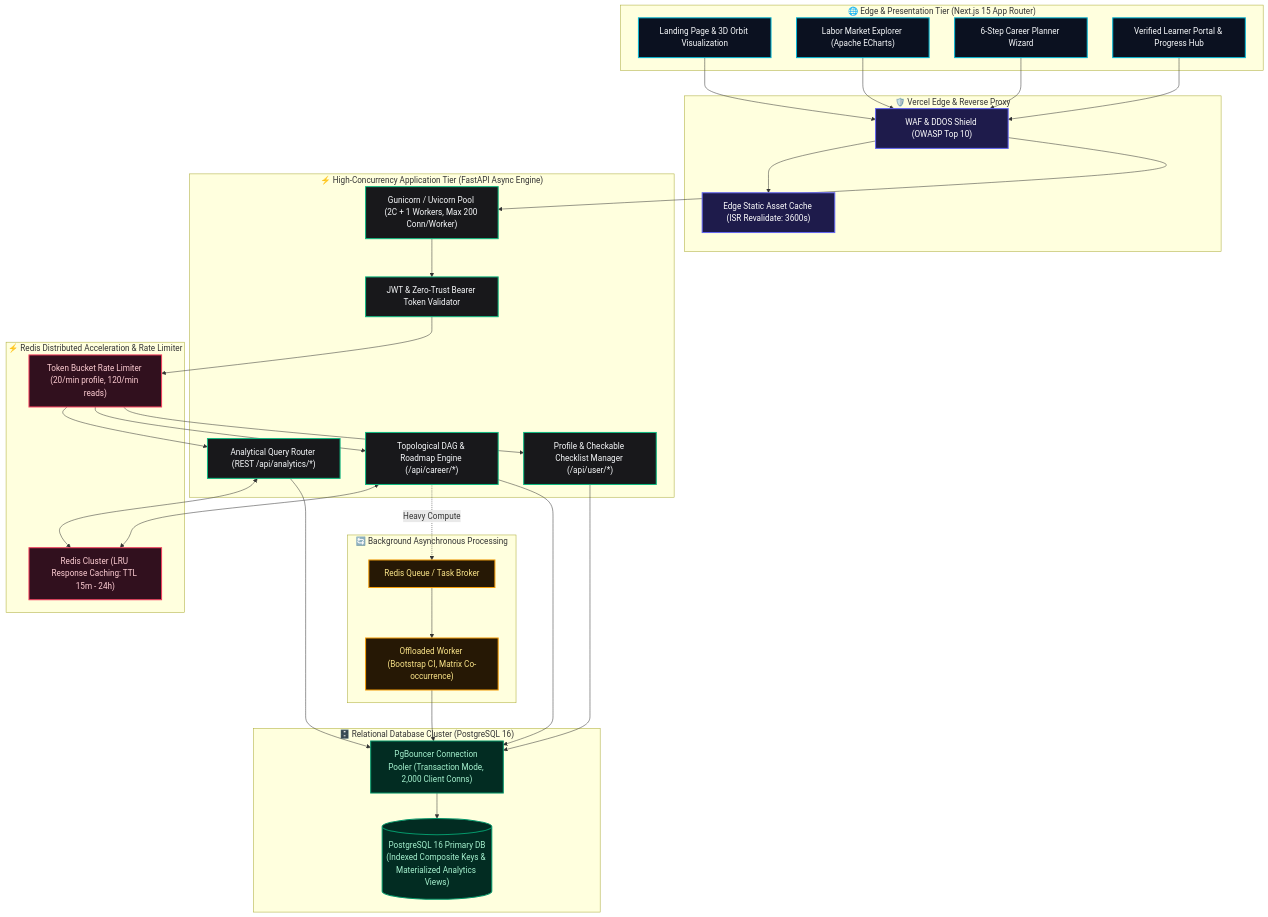
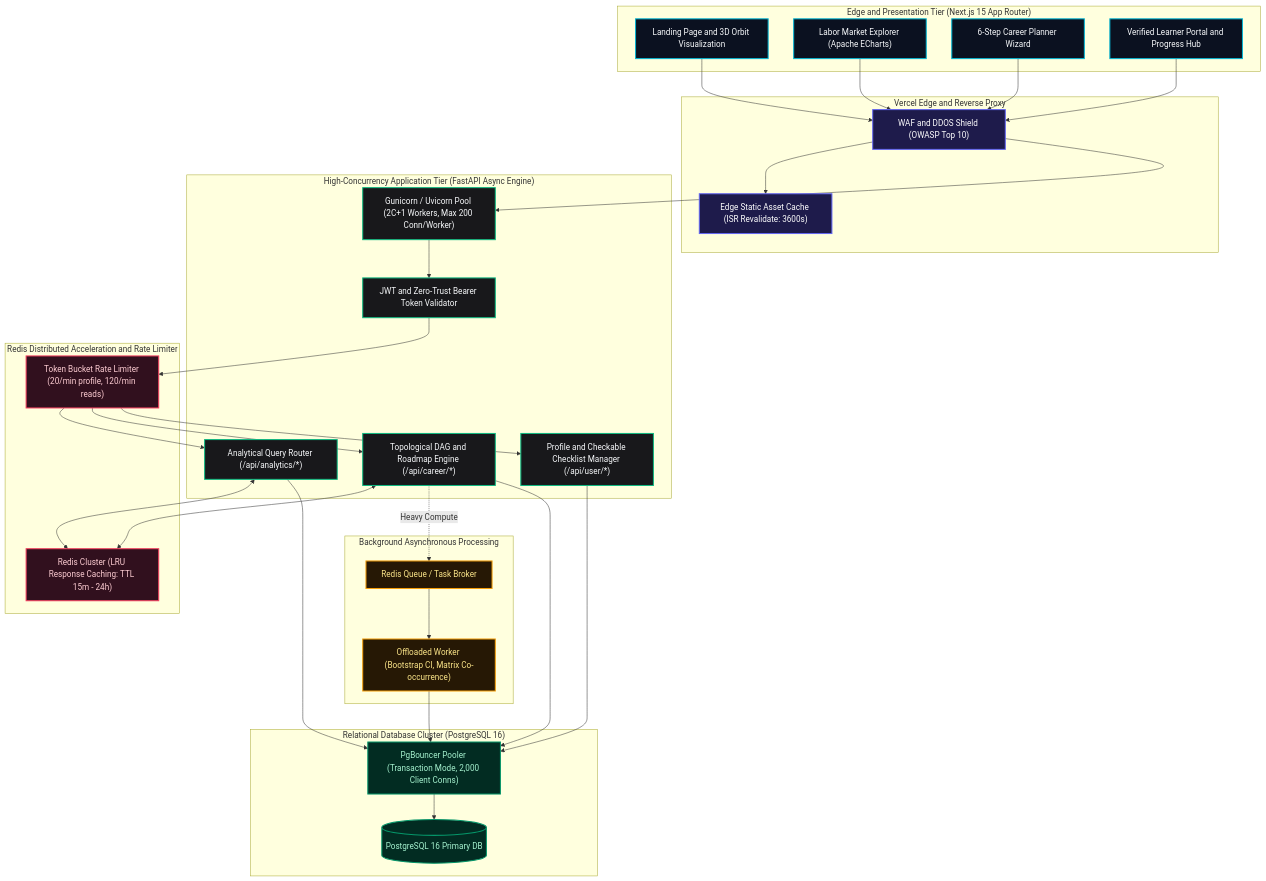
Before and after one commit to sheikhayaan/CareerGPS: the first of 6 diagrams in README.md, drawn with Mermaid. The commit also changed other lines of this file and 4 other files, not shown here.

Commit message:
docs(readme): add high-res animated glowing tree, pie chart, salary histogram, and DAG SVGs

````diff
--- a/README.md
+++ b/README.md
@@ -48,71 +52,71 @@
 ```mermaid
 flowchart TD
     %% Styling Classes with Glowing Dark-Theme Gradients
     classDef client fill:#0B1120,stroke:#06B6D4,stroke-width:2px,color:#F8FAFC;
-    classDef edge fill:#1E1B4B,stroke:#6366F1,stroke-width:2px,color:#FFFFFF;
+    classDef edgeTier fill:#1E1B4B,stroke:#6366F1,stroke-width:2px,color:#FFFFFF;
     classDef core fill:#18181B,stroke:#10B981,stroke-width:2px,color:#F8FAFC;
     classDef cache fill:#31101E,stroke:#F43F5E,stroke-width:2px,color:#FECDD3;
     classDef db fill:#022C22,stroke:#059669,stroke-width:2px,color:#A7F3D0;
     classDef queue fill:#261805,stroke:#F59E0B,stroke-width:2px,color:#FDE68A;
 
-    subgraph ClientLayer["🌐 Edge & Presentation Tier (Next.js 15 App Router)"]
-        UI_Home["Landing Page & 3D Orbit Visualization"]:::client
+    subgraph ClientLayer["Edge and Presentation Tier (Next.js 15 App Router)"]
+        UI_Home["Landing Page and 3D Orbit Visualization"]:::client
         UI_Explorer["Labor Market Explorer (Apache ECharts)"]:::client
         UI_Planner["6-Step Career Planner Wizard"]:::client
-        UI_Dashboard["Verified Learner Portal & Progress Hub"]:::client
+        UI_Dashboard["Verified Learner Portal and Progress Hub"]:::client
     end
 
-    subgraph EdgeLayer["🛡️ Vercel Edge & Reverse Proxy"]
-        WAF["WAF & DDOS Shield (OWASP Top 10)"]:::edge
-        EdgeCache["Edge Static Asset Cache (ISR Revalidate: 3600s)"]:::edge
+    subgraph EdgeLayer["Vercel Edge and Reverse Proxy"]
+        WAF["WAF and DDOS Shield (OWASP Top 10)"]:::edgeTier
+        EdgeCache["Edge Static Asset Cache (ISR Revalidate: 3600s)"]:::edgeTier
     end
 
-    subgraph APILayer["⚡ High-Concurrency Application Tier (FastAPI Async Engine)"]
-        UvicornWorkers["Gunicorn / Uvicorn Pool (2C + 1 Workers, Max 200 Conn/Worker)"]:::core
-        AuthModule["JWT & Zero-Trust Bearer Token Validator"]:::core
-        AnalyticsRouter["Analytical Query Router (REST /api/analytics/*)"]:::core
-        CareerEngine["Topological DAG & Roadmap Engine (/api/career/*)"]:::core
-        UserModule["Profile & Checkable Checklist Manager (/api/user/*)"]:::core
+    subgraph APILayer["High-Concurrency Application Tier (FastAPI Async Engine)"]
+        UvicornWorkers["Gunicorn / Uvicorn Pool (2C+1 Workers, Max 200 Conn/Worker)"]:::core
+        AuthModule["JWT and Zero-Trust Bearer Token Validator"]:::core
+        AnalyticsRouter["Analytical Query Router (/api/analytics/*)"]:::core
+        CareerEngine["Topological DAG and Roadmap Engine (/api/career/*)"]:::core
+        UserModule["Profile and Checkable Checklist Manager (/api/user/*)"]:::core
     end
 
-    subgraph CacheTier["⚡ Redis Distributed Acceleration & Rate Limiter"]
+    subgraph CacheTier["Redis Distributed Acceleration and Rate Limiter"]
         RedisCache["Redis Cluster (LRU Response Caching: TTL 15m - 24h)"]:::cache
         RateLimiter["Token Bucket Rate Limiter (20/min profile, 120/min reads)"]:::cache
     end
 
-    subgraph PersistenceTier["🗄️ Relational Database Cluster (PostgreSQL 16)"]
-        PgBouncer["PgBouncer Connection Pooler (Transaction Mode, 2,000 Client Conns)"]:::db
-        PostgresDB[("PostgreSQL 16 Primary DB\n(Indexed Composite Keys & Materialized Analytics Views)")]:::db
+    subgraph PersistenceTier["Relational Database Cluster (PostgreSQL 16)"]
+        PgBouncer["PgBouncer Pooler (Transaction Mode, 2,000 Client Conns)"]:::db
+        PostgresDB[("PostgreSQL 16 Primary DB")]:::db
     end
 
-    subgraph WorkerTier["🔄 Background Asynchronous Processing"]
+    subgraph WorkerTier["Background Asynchronous Processing"]
         RedisQueue["Redis Queue / Task Broker"]:::queue
         AsyncWorker["Offloaded Worker (Bootstrap CI, Matrix Co-occurrence)"]:::queue
     end
 
     %% Flow Connections
     UI_Home --> WAF
     UI_Explorer --> WAF
     UI_Planner --> WAF
     UI_Dashboard --> WAF
 
     WAF --> EdgeCache
     WAF --> UvicornWorkers
 
     UvicornWorkers --> AuthModule
     AuthModule --> RateLimiter
     RateLimiter --> AnalyticsRouter
     RateLimiter --> CareerEngine
     RateLimiter --> UserModule
 
     AnalyticsRouter <--> RedisCache
     CareerEngine <--> RedisCache
     CareerEngine -. Heavy Compute .-> RedisQueue --> AsyncWorker
 
     AnalyticsRouter --> PgBouncer
     CareerEngine --> PgBouncer
     UserModule --> PgBouncer
     AsyncWorker --> PgBouncer
 
     PgBouncer --> PostgresDB
 ```
````
